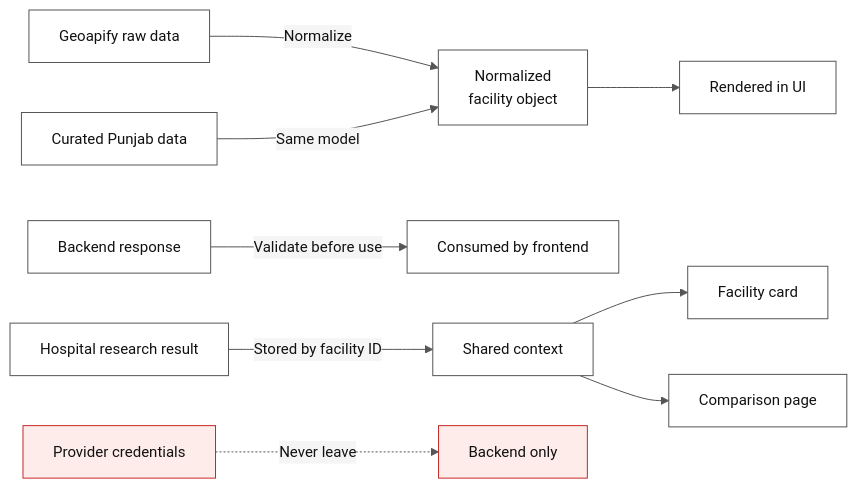
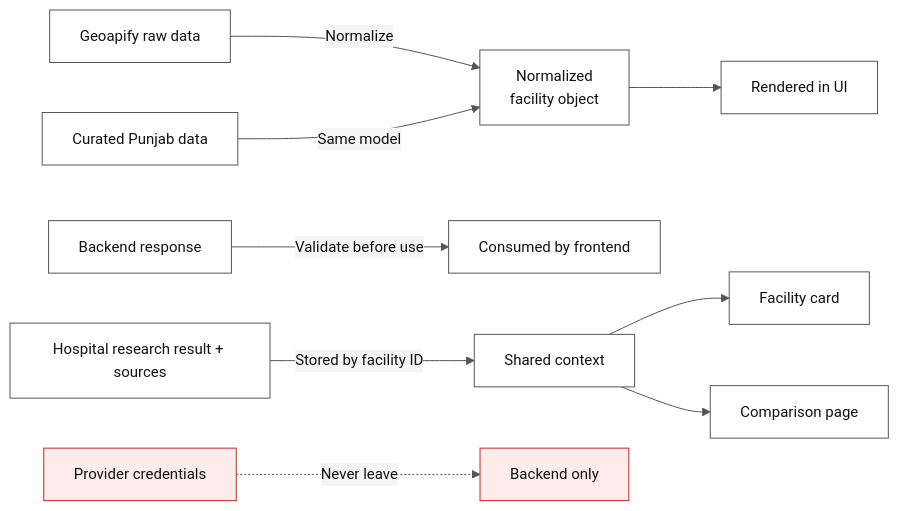
One commit to vanshkatnor1505/BuiltTechies changed the fifth of 5 diagrams in PROJECT INFORMATION/artitecture.md. Above: the diagram before and after it, drawn with Mermaid. The commit also changed other lines of this file, not shown here.

Commit message:
feat: update architecture documentation to include language state management and translation support

````diff
--- a/PROJECT INFORMATION/artitecture.md
+++ b/PROJECT INFORMATION/artitecture.md
@@ -166,18 +169,18 @@
 ```mermaid
 %%{init: {'theme':'base', 'themeVariables': {'primaryColor':'#ffffff','primaryTextColor':'#111111','primaryBorderColor':'#555555','lineColor':'#555555','secondaryColor':'#f5f5f5','tertiaryColor':'#ffffff','fontSize':'15px','darkMode':false,'background':'#ffffff'}}}%%
 flowchart LR
     GEO["Geoapify raw data"] -->|"Normalize"| FM["Normalized\nfacility object"]
     PUNJAB["Curated Punjab data"] -->|"Same model"| FM
     FM --> RENDER["Rendered in UI"]
 
     BE["Backend response"] -->|"Validate before use"| CONSUME["Consumed by frontend"]
 
-    RSCH["Hospital research result"] -->|"Stored by facility ID"| CTX2["Shared context"]
+    RSCH["Hospital research result + sources"] -->|"Stored by facility ID"| CTX2["Shared context"]
     CTX2 --> CARD["Facility card"]
     CTX2 --> COMP2["Comparison page"]
 
     CRED["Provider credentials"] -.->|"Never leave"| BACKEND["Backend only"]
 
     style CRED fill:#fdecea,stroke:#c62828,color:#111111
     style BACKEND fill:#fdecea,stroke:#c62828,color:#111111
 ```
````
